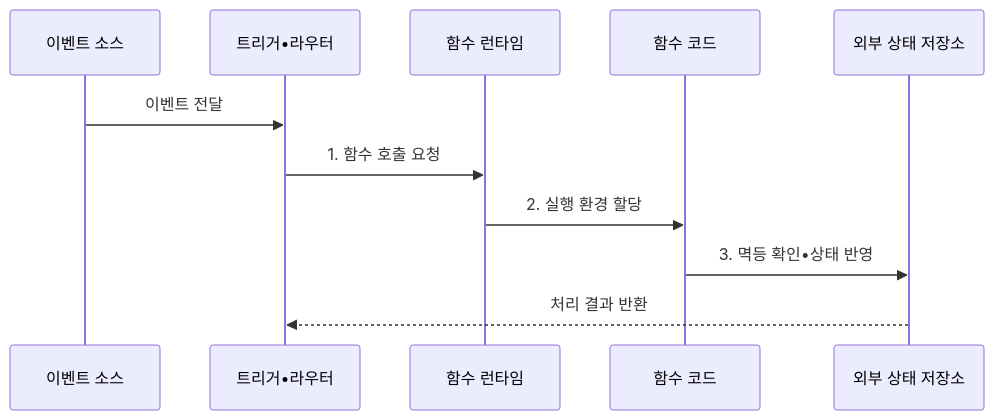
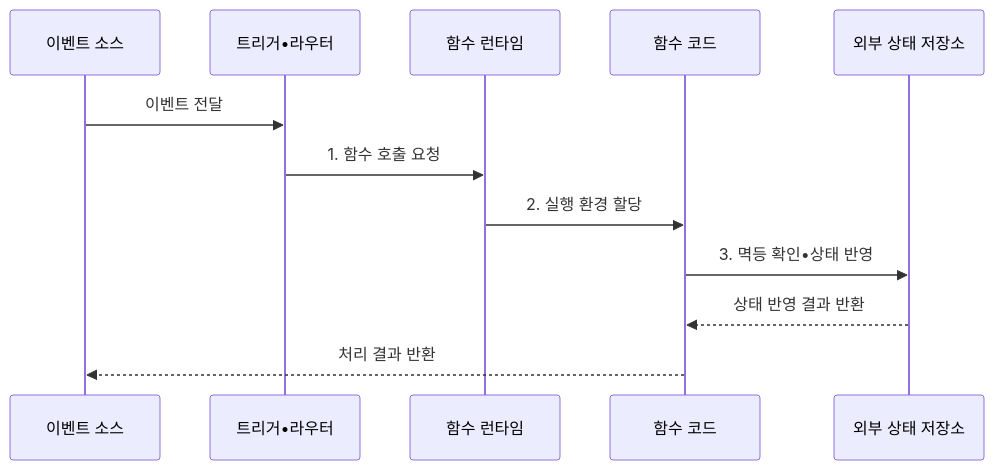
The second of 2 diagrams in src/content/docs/notes/08-latest-tech/161_function_as_a_service.md (agnusdei1207/knowledge-base), drawn with Mermaid before and after one commit. The commit also changed other lines of this file and 4 other files, not shown here.

````diff
--- a/src/content/docs/notes/08-latest-tech/161_function_as_a_service.md
+++ b/src/content/docs/notes/08-latest-tech/161_function_as_a_service.md
@@ -114,13 +114,14 @@
 ```mermaid
 sequenceDiagram
   participant E as 이벤트 소스
   participant T as 트리거•라우터
   participant R as 함수 런타임
   participant F as 함수 코드
   participant S as 외부 상태 저장소
   E->>T: 이벤트 전달
   T->>R: 1. 함수 호출 요청
   R->>F: 2. 실행 환경 할당
   F->>S: 3. 멱등 확인•상태 반영
-  S-->>T: 처리 결과 반환
+  S-->>F: 상태 반영 결과 반환
+  F-->>E: 처리 결과 반환
 ```
````
